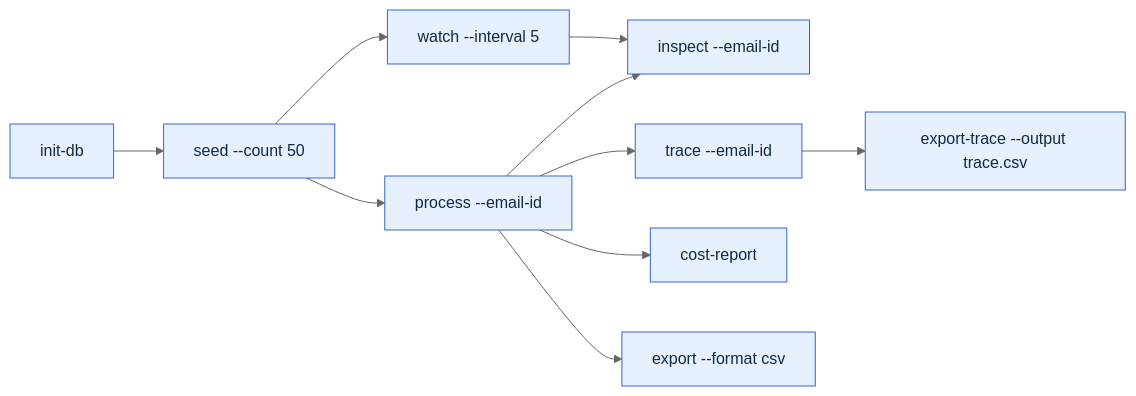
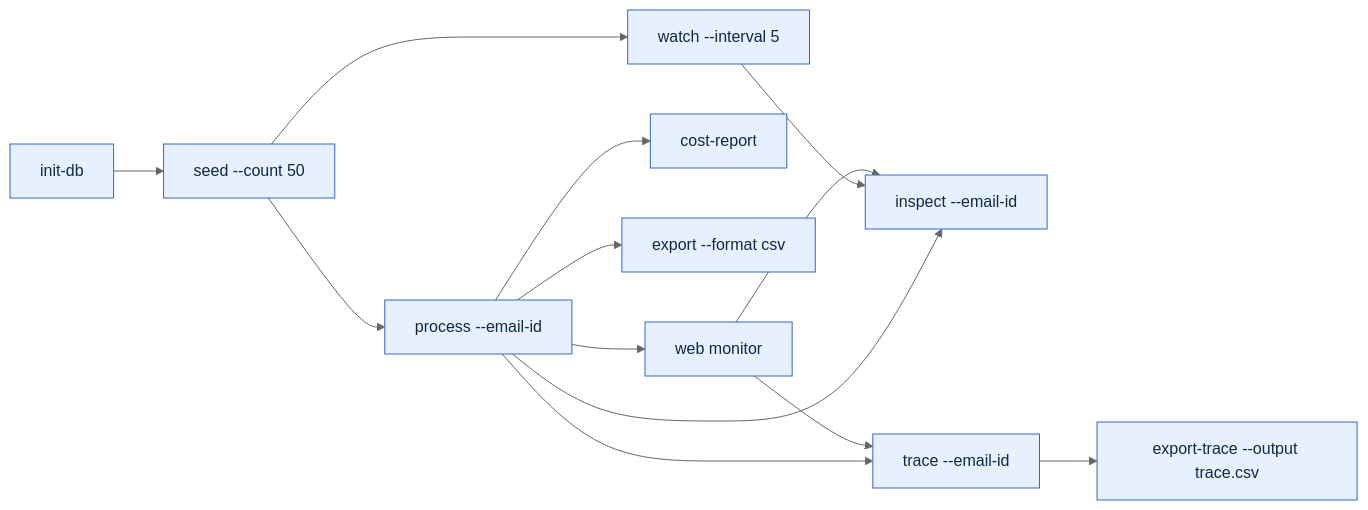
One commit to gustavorubim/inbox-da changed the first of 13 diagrams in README.md. Above: the diagram before and after it, drawn with Mermaid (neutral theme). The commit also changed other lines of this file and 17 other files, not shown here.

````diff
--- a/README.md
+++ b/README.md
@@ -44,15 +45,18 @@
 ```mermaid
 flowchart LR
     init["init-db"] --> seed["seed --count 50"]
     seed --> process["process --email-id <id>"]
     seed --> watch["watch --interval 5"]
     process --> inspect["inspect --email-id <id>"]
     process --> trace["trace --email-id <id>"]
     trace --> tracecsv["export-trace --output trace.csv"]
     process --> cost["cost-report"]
     process --> export["export --format csv"]
+    process --> web["web monitor"]
     watch --> inspect
+    web --> inspect
+    web --> trace
 
     classDef command fill:#e7f0ff,stroke:#3366cc,color:#102a43
-    class init,seed,process,watch,inspect,trace,tracecsv,cost,export command
+    class init,seed,process,watch,inspect,trace,tracecsv,cost,export,web command
 ```
````
